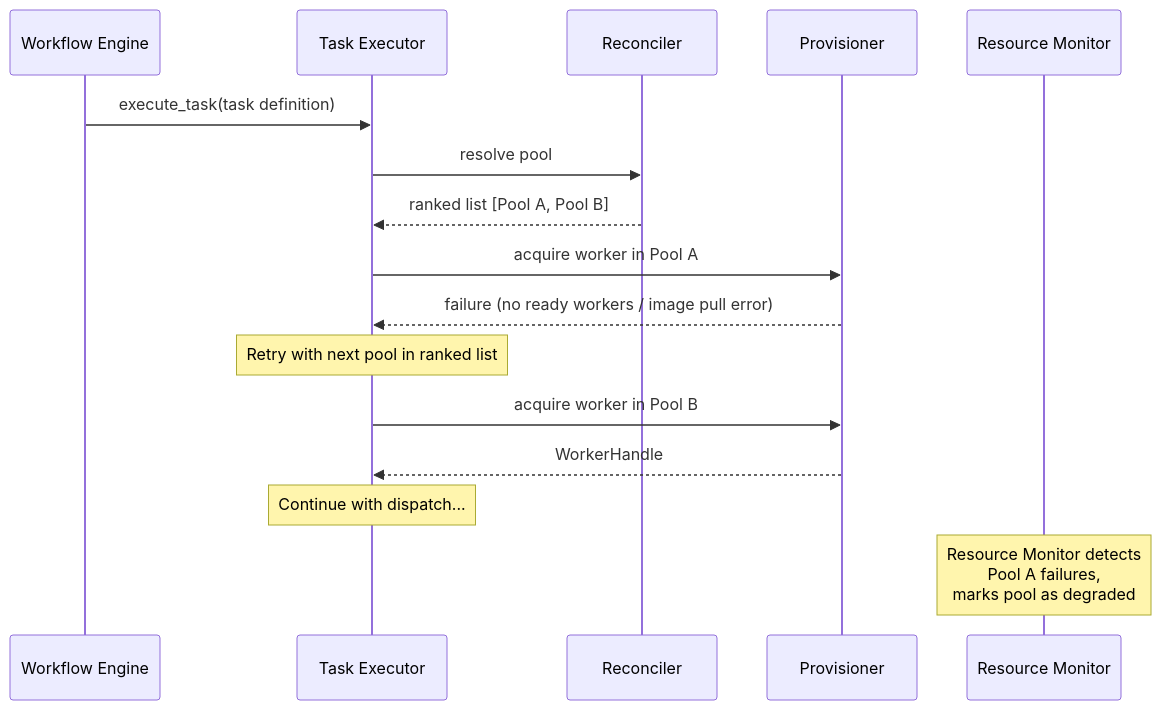
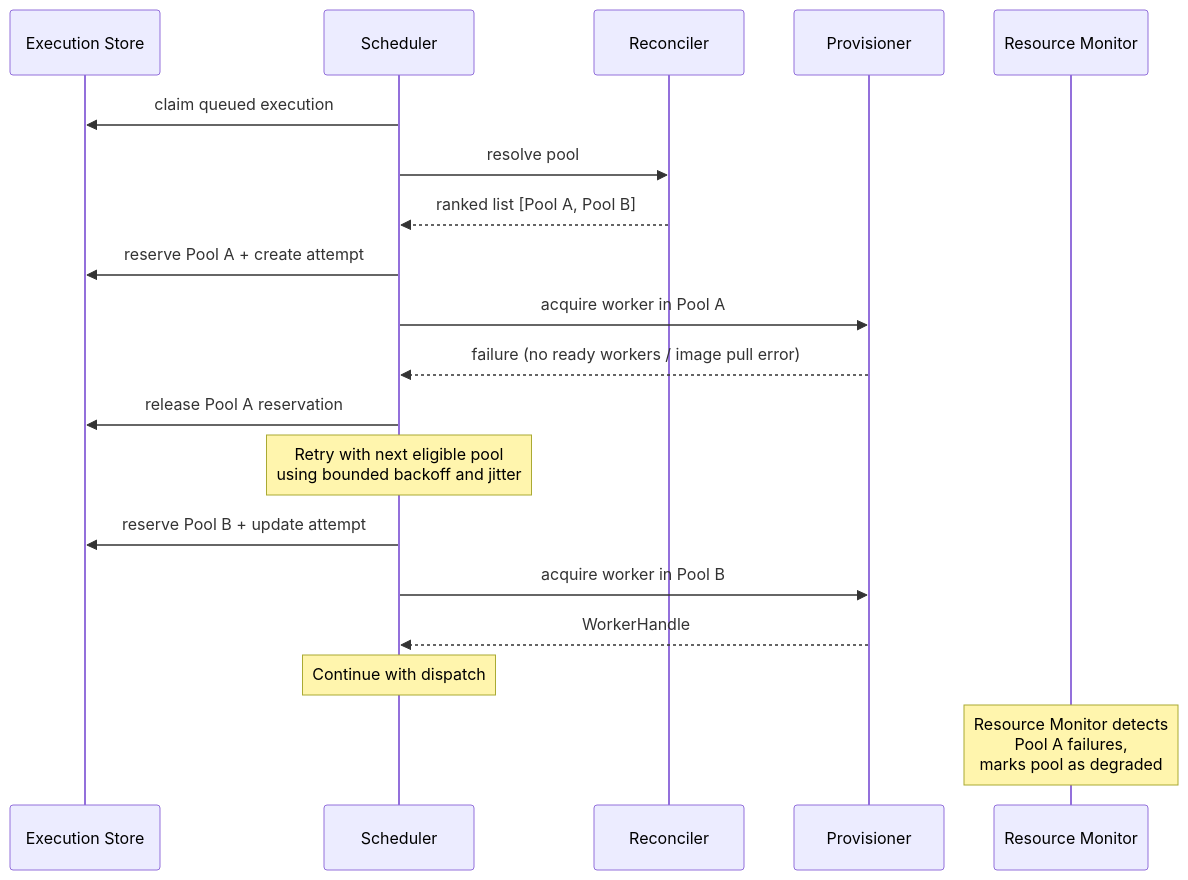
Diagram 12 of 16 in backend/docs/execution-plane.md (manstis/syntara), drawn with Mermaid before and after one commit. The commit also changed other lines of this file, not shown here.

````diff
--- a/backend/docs/execution-plane.md
+++ b/backend/docs/execution-plane.md
@@ -556,25 +635,27 @@
 ```mermaid
 sequenceDiagram
-    participant WE as Workflow Engine
-    participant TE as Task Executor
+    participant ES as Execution Store
+    participant S as Scheduler
     participant R as Reconciler
     participant P as Provisioner
     participant RM as Resource Monitor
 
-    WE->>TE: execute_task(task definition)
+    S->>ES: claim queued execution
+    S->>R: resolve pool
+    R-->>S: ranked list [Pool A, Pool B]
 
-    TE->>R: resolve pool
-    R-->>TE: ranked list [Pool A, Pool B]
+    S->>ES: reserve Pool A + create attempt
+    S->>P: acquire worker in Pool A
+    P-->>S: failure (no ready workers / image pull error)
 
-    TE->>P: acquire worker in Pool A
-    P-->>TE: failure (no ready workers / image pull error)
+    S->>ES: release Pool A reservation
+    Note over S: Retry with next eligible pool<br/>using bounded backoff and jitter
 
-    Note over TE: Retry with next pool in ranked list
+    S->>ES: reserve Pool B + update attempt
+    S->>P: acquire worker in Pool B
+    P-->>S: WorkerHandle
 
-    TE->>P: acquire worker in Pool B
-    P-->>TE: WorkerHandle
-
-    Note over TE: Continue with dispatch...
+    Note over S: Continue with dispatch
 
     Note over RM: Resource Monitor detects<br/>Pool A failures,<br/>marks pool as degraded
 ```
````
